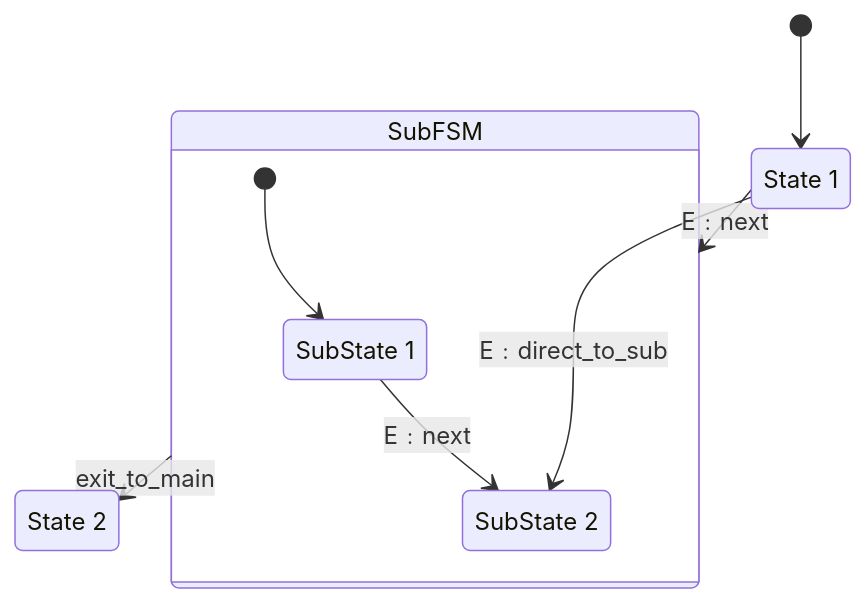
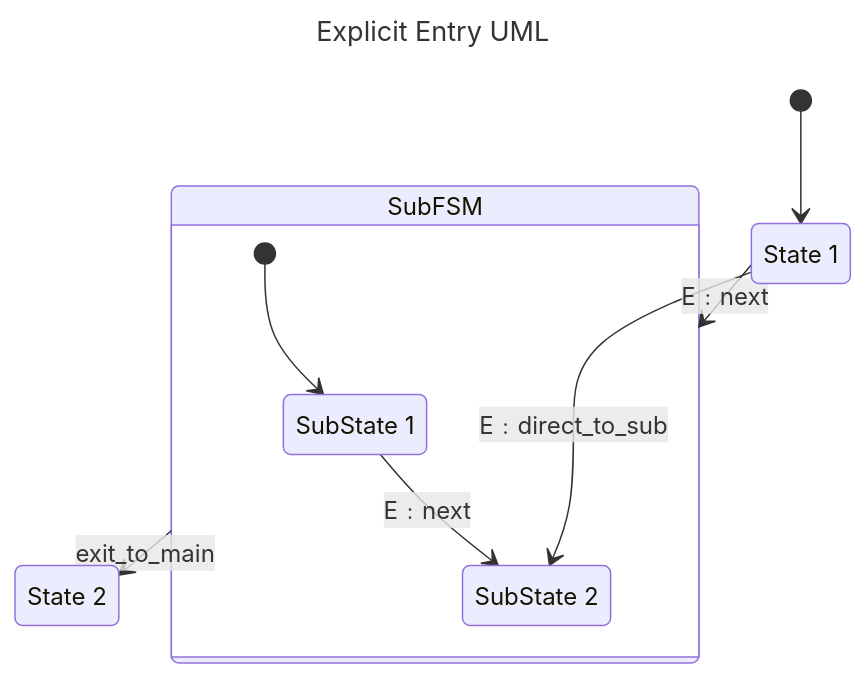
One commit to tongmon/fundamental-practice changed the sixth of 9 diagrams in Programming Pattern/Behavioral Pattern/State.md. Above: the diagram before and after it, drawn with Mermaid. The commit also changed other lines of this file, not shown here.

````diff
--- a/Programming Pattern/Behavioral Pattern/State.md
+++ b/Programming Pattern/Behavioral Pattern/State.md
@@ -1489,17 +1454,21 @@
 ```mermaid
+---
+title : Explicit Entry UML
+---
+
 stateDiagram-v2
     State1: State 1
     State2: State 2
 
     state SubFSM {
         SubState1: SubState 1
         SubState2: SubState 2
         [*] --> SubState1
         SubState1 --> SubState2 : E﹕next
     }
 
     [*] --> State1
     State1 --> SubFSM : E﹕next
     State1 --> SubState2 : E﹕direct_to_sub
     SubFSM --> State2 : exit_to_main
 ```
````
